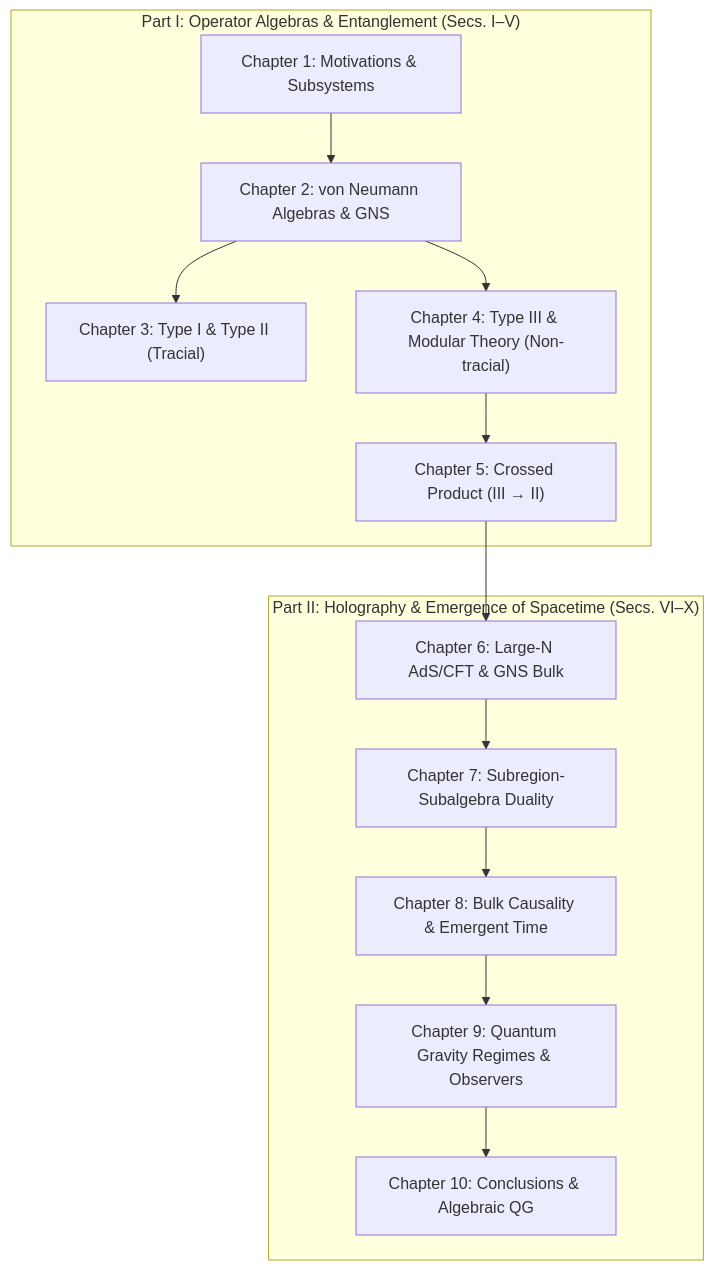
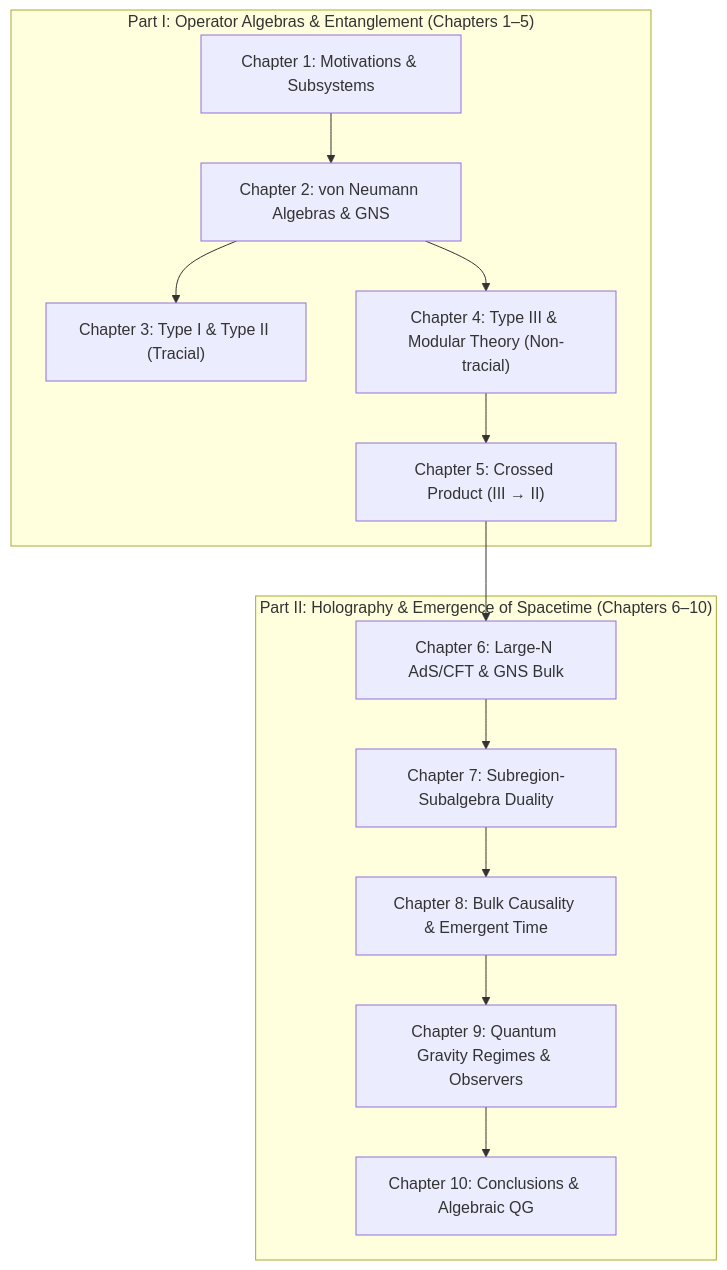
The diagram in README.md (lunar-photon/Lectures-on-entanglement-von-Neumann-algebras-and-emergence-of-spacetime), drawn with Mermaid before and after one commit. The commit also changed other lines of this file and 55 other files, not shown here.

````diff
--- a/README.md
+++ b/README.md
@@ -24,17 +25,17 @@
 ```mermaid
 flowchart TD
-    subgraph Part1["Part I: Operator Algebras & Entanglement (Secs. I–V)"]
+    subgraph Part1["Part I: Operator Algebras & Entanglement (Chapters 1–5)"]
         ch1["Chapter 1: Motivations & Subsystems"] --> ch2["Chapter 2: von Neumann Algebras & GNS"]
         ch2 --> ch3["Chapter 3: Type I & Type II (Tracial)"]
         ch2 --> ch4["Chapter 4: Type III & Modular Theory (Non-tracial)"]
         ch4 --> ch5["Chapter 5: Crossed Product (III → II)"]
     end
     
-    subgraph Part2["Part II: Holography & Emergence of Spacetime (Secs. VI–X)"]
+    subgraph Part2["Part II: Holography & Emergence of Spacetime (Chapters 6–10)"]
         ch5 --> ch6["Chapter 6: Large-N AdS/CFT & GNS Bulk"]
         ch6 --> ch7["Chapter 7: Subregion-Subalgebra Duality"]
         ch7 --> ch8["Chapter 8: Bulk Causality & Emergent Time"]
         ch8 --> ch9["Chapter 9: Quantum Gravity Regimes & Observers"]
         ch9 --> ch10["Chapter 10: Conclusions & Algebraic QG"]
     end
 ```
````
